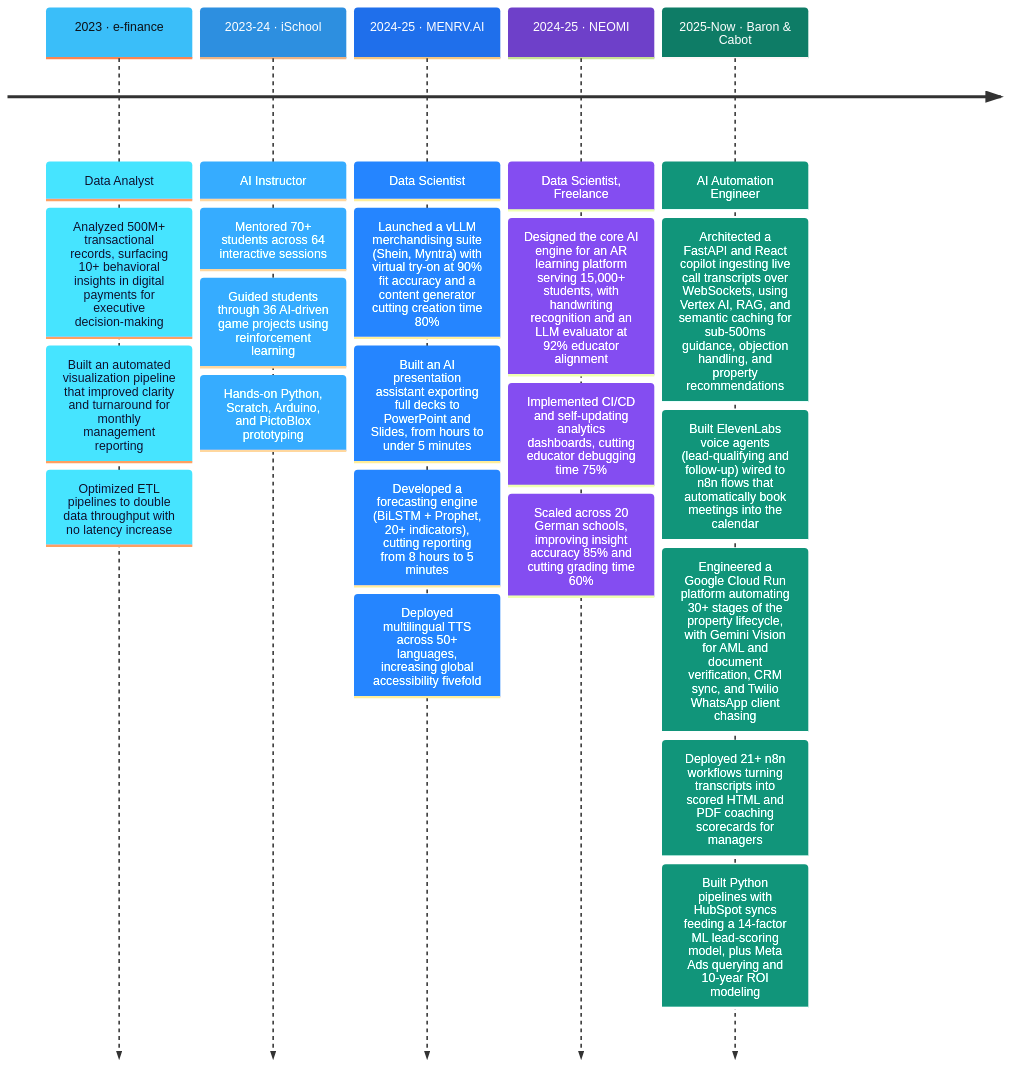
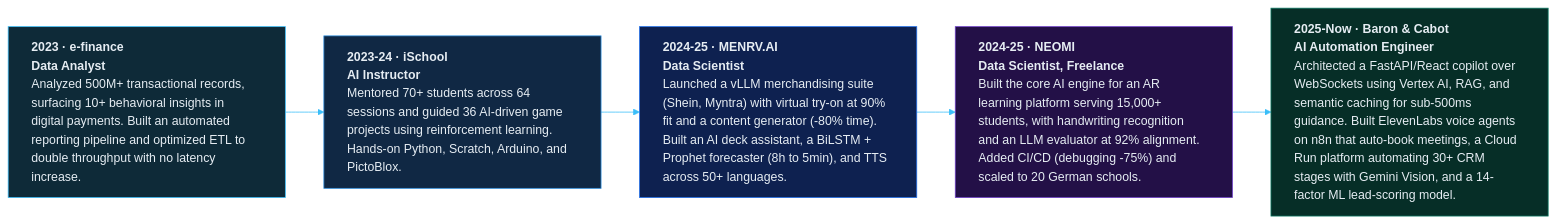
One commit to eyadelfar/eyadelfar changed the first of 2 diagrams in README.md. Above: the diagram before and after it, drawn with Mermaid.

````diff
--- a/README.md
+++ b/README.md
@@ -75,9 +75,17 @@
 ```mermaid
-%%{init: {'theme':'base','themeVariables':{'fontFamily':'monospace','cScale0':'#3ABEF9','cScale1':'#2D8FE0','cScale2':'#1F6FEB','cScale3':'#6E40C9','cScale4':'#0E7C66','cScaleLabel0':'#0D1117','cScaleLabel1':'#ffffff','cScaleLabel2':'#ffffff','cScaleLabel3':'#ffffff','cScaleLabel4':'#ffffff'}}}%%
-timeline
-    2023 · e-finance : Data Analyst : Analyzed 500M+ transactional records, surfacing 10+ behavioral insights in digital payments for executive decision-making : Built an automated visualization pipeline that improved clarity and turnaround for monthly management reporting : Optimized ETL pipelines to double data throughput with no latency increase
-    2023-24 · iSchool : AI Instructor : Mentored 70+ students across 64 interactive sessions : Guided students through 36 AI-driven game projects using reinforcement learning : Hands-on Python, Scratch, Arduino, and PictoBlox prototyping
-    2024-25 · MENRV.AI : Data Scientist : Launched a vLLM merchandising suite (Shein, Myntra) with virtual try-on at 90% fit accuracy and a content generator cutting creation time 80% : Built an AI presentation assistant exporting full decks to PowerPoint and Slides, from hours to under 5 minutes : Developed a forecasting engine (BiLSTM + Prophet, 20+ indicators), cutting reporting from 8 hours to 5 minutes : Deployed multilingual TTS across 50+ languages, increasing global accessibility fivefold
-    2024-25 · NEOMI : Data Scientist, Freelance : Designed the core AI engine for an AR learning platform serving 15,000+ students, with handwriting recognition and an LLM evaluator at 92% educator alignment : Implemented CI/CD and self-updating analytics dashboards, cutting educator debugging time 75% : Scaled across 20 German schools, improving insight accuracy 85% and cutting grading time 60%
-    2025-Now · Baron & Cabot : AI Automation Engineer : Architected a FastAPI and React copilot ingesting live call transcripts over WebSockets, using Vertex AI, RAG, and semantic caching for sub-500ms guidance, objection handling, and property recommendations : Built ElevenLabs voice agents (lead-qualifying and follow-up) wired to n8n flows that automatically book meetings into the calendar : Engineered a Google Cloud Run platform automating 30+ stages of the property lifecycle, with Gemini Vision for AML and document verification, CRM sync, and Twilio WhatsApp client chasing : Deployed 21+ n8n workflows turning transcripts into scored HTML and PDF coaching scorecards for managers : Built Python pipelines with HubSpot syncs feeding a 14-factor ML lead-scoring model, plus Meta Ads querying and 10-year ROI modeling
+%%{init: {'theme':'base','flowchart':{'wrappingWidth':300},'themeVariables':{'fontFamily':'monospace','lineColor':'#3ABEF9'}}}%%
+flowchart LR
+    E["<b>2023 · e-finance</b><br/><b>Data Analyst</b><br/>Analyzed 500M+ transactional records, surfacing 10+ behavioral insights in digital payments. Built an automated reporting pipeline and optimized ETL to double throughput with no latency increase."]:::c0
+    I["<b>2023-24 · iSchool</b><br/><b>AI Instructor</b><br/>Mentored 70+ students across 64 sessions and guided 36 AI-driven game projects using reinforcement learning. Hands-on Python, Scratch, Arduino, and PictoBlox."]:::c1
+    M["<b>2024-25 · MENRV.AI</b><br/><b>Data Scientist</b><br/>Launched a vLLM merchandising suite (Shein, Myntra) with virtual try-on at 90% fit and a content generator (-80% time). Built an AI deck assistant, a BiLSTM + Prophet forecaster (8h to 5min), and TTS across 50+ languages."]:::c2
+    N["<b>2024-25 · NEOMI</b><br/><b>Data Scientist, Freelance</b><br/>Built the core AI engine for an AR learning platform serving 15,000+ students, with handwriting recognition and an LLM evaluator at 92% alignment. Added CI/CD (debugging -75%) and scaled to 20 German schools."]:::c3
+    B["<b>2025-Now · Baron & Cabot</b><br/><b>AI Automation Engineer</b><br/>Architected a FastAPI/React copilot over WebSockets using Vertex AI, RAG, and semantic caching for sub-500ms guidance. Built ElevenLabs voice agents on n8n that auto-book meetings, a Cloud Run platform automating 30+ CRM stages with Gemini Vision, and a 14-factor ML lead-scoring model."]:::c4
+
+    E --> I --> M --> N --> B
+
+    classDef c0 fill:#0E2A38,stroke:#3ABEF9,color:#E6EDF3,text-align:left;
+    classDef c1 fill:#102844,stroke:#2D8FE0,color:#E6EDF3,text-align:left;
+    classDef c2 fill:#0E2150,stroke:#1F6FEB,color:#E6EDF3,text-align:left;
+    classDef c3 fill:#231047,stroke:#6E40C9,color:#E6EDF3,text-align:left;
+    classDef c4 fill:#062E27,stroke:#0E7C66,color:#E6EDF3,text-align:left;
 ```
````
